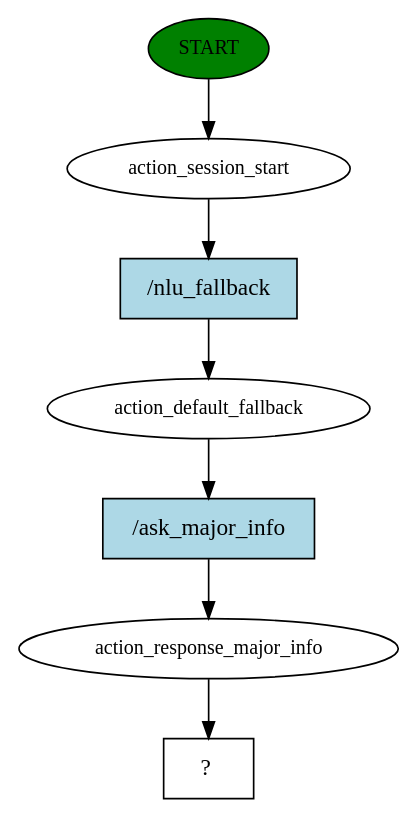
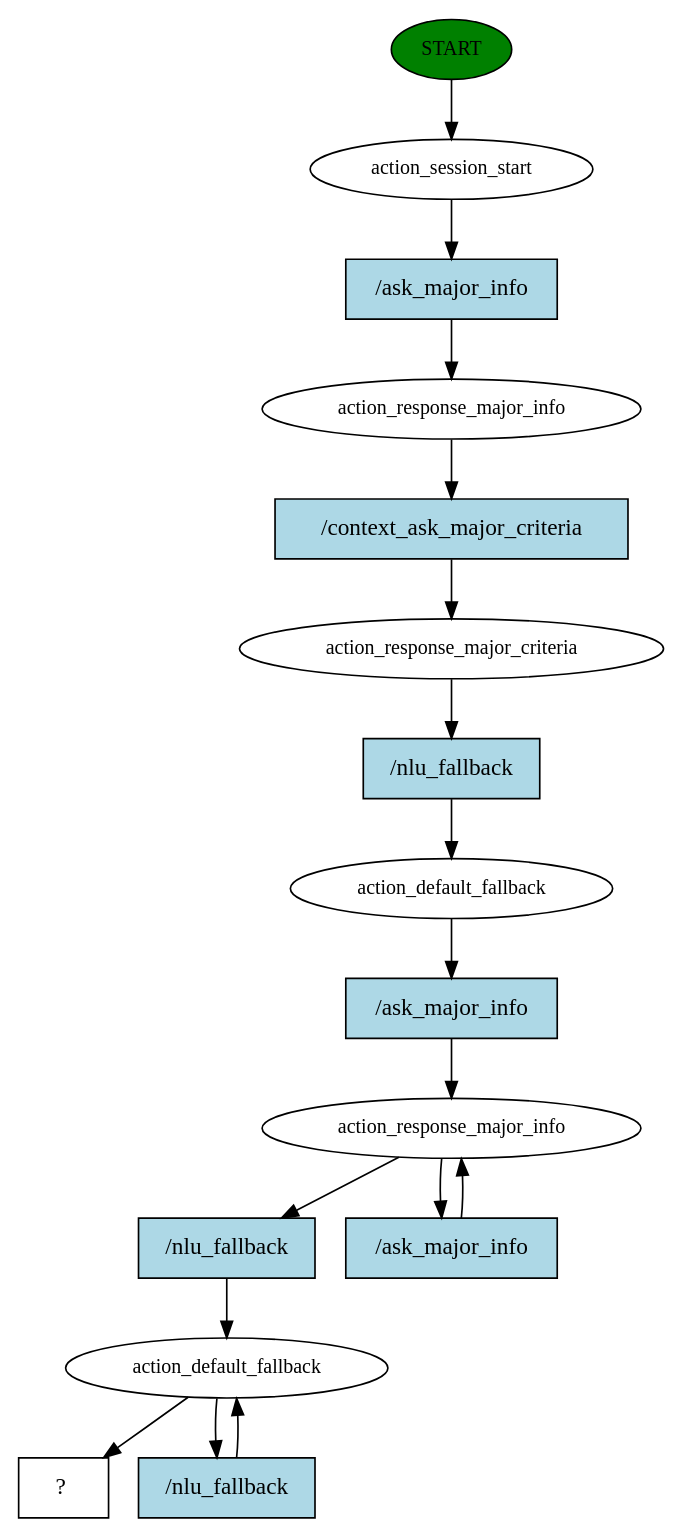
Before and after one commit to Jester6136/Edubot: the diagram in story_graph.dot, drawn with Graphviz. The commit also changed 3 other files, not shown here.

```diff
--- a/story_graph.dot
+++ b/story_graph.dot
@@ -1,15 +1,33 @@
 digraph  {
 0 [class="start active", fillcolor=green, fontsize=12, label=START, style=filled];
 1 [class=active, fontsize=12, label=action_session_start];
-2 [class=active, fontsize=12, label=action_default_fallback];
-3 [class=active, fontsize=12, label=action_response_major_info];
-4 [class="intent dashed active", label="  ?  ", shape=rect];
-5 [class="intent active", fillcolor=lightblue, label="/nlu_fallback", shape=rect, style=filled];
-6 [class="intent active", fillcolor=lightblue, label="/ask_major_info", shape=rect, style=filled];
+2 [class=active, fontsize=12, label=action_response_major_info];
+3 [class=active, fontsize=12, label=action_response_major_criteria];
+4 [class=active, fontsize=12, label=action_default_fallback];
+5 [class=active, fontsize=12, label=action_response_major_info];
+7 [class=active, fontsize=12, label=action_default_fallback];
+9 [class="intent dashed active", label="  ?  ", shape=rect];
+10 [class="intent active", fillcolor=lightblue, label="/ask_major_info", shape=rect, style=filled];
+11 [class="intent active", fillcolor=lightblue, label="/context_ask_major_criteria", shape=rect, style=filled];
+12 [class="intent active", fillcolor=lightblue, label="/nlu_fallback", shape=rect, style=filled];
+13 [class="intent active", fillcolor=lightblue, label="/ask_major_info", shape=rect, style=filled];
+14 [class="intent active", fillcolor=lightblue, label="/nlu_fallback", shape=rect, style=filled];
+15 [class="intent active", fillcolor=lightblue, label="/ask_major_info", shape=rect, style=filled];
+16 [class="intent active", fillcolor=lightblue, label="/nlu_fallback", shape=rect, style=filled];
 0 -> 1  [class=active, key=NONE, label=""];
-1 -> 5  [class=active, key=0];
-2 -> 6  [class=active, key=0];
-3 -> 4  [class=active, key=NONE, label=""];
-5 -> 2  [class=active, key=0];
-6 -> 3  [class=active, key=0];
+1 -> 10  [class=active, key=0];
+2 -> 11  [class=active, key=0];
+3 -> 12  [class=active, key=0];
+4 -> 13  [class=active, key=0];
+5 -> 14  [class=active, key=0];
+5 -> 15  [class=active, key=0];
+7 -> 9  [class=active, key=NONE, label=""];
+7 -> 16  [class=active, key=0];
+10 -> 2  [class=active, key=0];
+11 -> 3  [class=active, key=0];
+12 -> 4  [class=active, key=0];
+13 -> 5  [class=active, key=0];
+14 -> 7  [class=active, key=0];
+15 -> 5  [class=active, key=0];
+16 -> 7  [class=active, key=0];
 }
```
